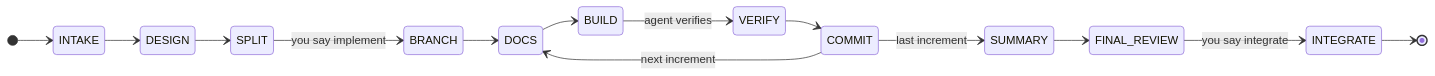
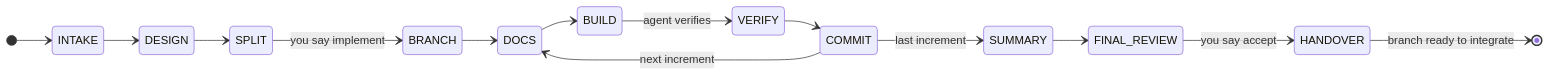
One commit to an-dr/agents changed the first of 2 diagrams in skills/actions/an-dr-dev-follow-workflow/README.md. Above: the diagram before and after it, drawn with Mermaid. The commit also changed other lines of this file and 25 other files, not shown here.

First line of the commit message:
feat(workflow)!: end flows at handover, integrate only on request

````diff
--- a/skills/actions/an-dr-dev-follow-workflow/README.md
+++ b/skills/actions/an-dr-dev-follow-workflow/README.md
@@ -21,17 +21,17 @@
 ```mermaid
 stateDiagram-v2
   direction LR
   [*] --> INTAKE
   INTAKE --> DESIGN
   DESIGN --> SPLIT
   SPLIT --> BRANCH: you say implement
   BRANCH --> DOCS
   DOCS --> BUILD
   BUILD --> VERIFY: agent verifies
   VERIFY --> COMMIT
   COMMIT --> DOCS: next increment
   COMMIT --> SUMMARY: last increment
   SUMMARY --> FINAL_REVIEW
-  FINAL_REVIEW --> INTEGRATE: you say integrate
-  INTEGRATE --> [*]
+  FINAL_REVIEW --> HANDOVER: you say accept
+  HANDOVER --> [*]: branch ready to integrate
 ```
````
